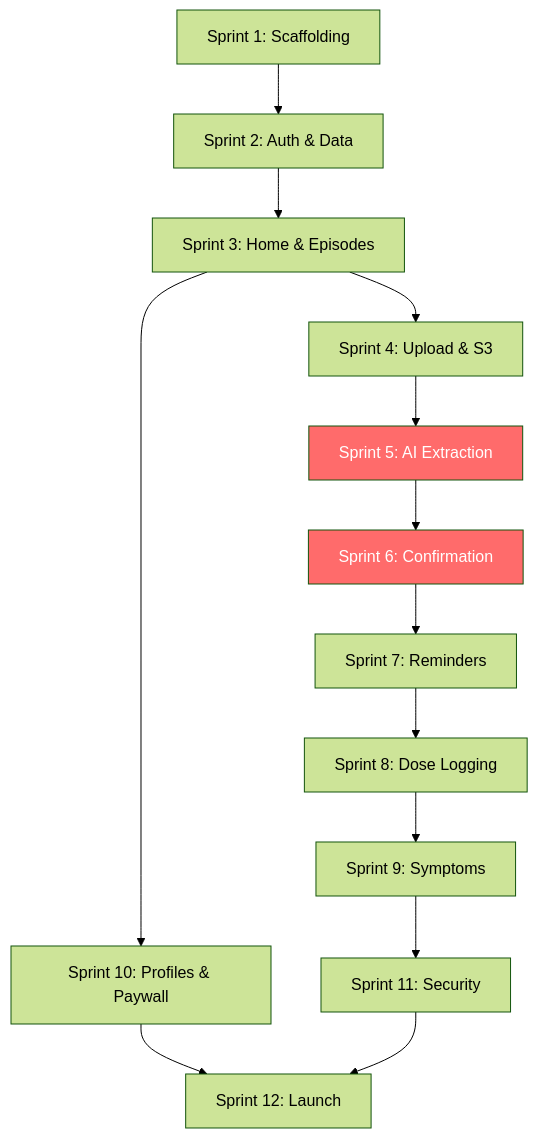
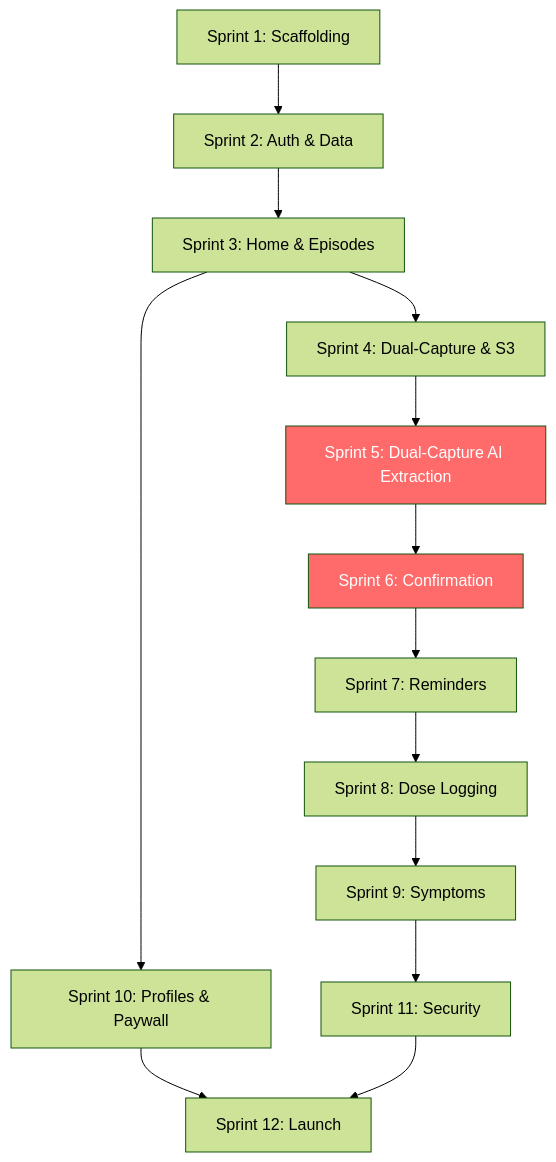
Before and after one commit to gauravmodi09/Healthcare-project: the second of 2 diagrams in docs/product/product_creation_plan.md, drawn with Mermaid (forest theme). The commit also changed other lines of this file and 3 other files, not shown here.

First line of the commit message:
Update docs for India market: dual-capture flow and medicine photo extraction

````diff
--- a/docs/product/product_creation_plan.md
+++ b/docs/product/product_creation_plan.md
@@ -160,18 +166,18 @@
 ```mermaid
 graph TD
     S1[Sprint 1: Scaffolding] --> S2[Sprint 2: Auth & Data]
     S2 --> S3[Sprint 3: Home & Episodes]
-    S3 --> S4[Sprint 4: Upload & S3]
-    S4 --> S5[Sprint 5: AI Extraction]
+    S3 --> S4[Sprint 4: Dual-Capture & S3]
+    S4 --> S5[Sprint 5: Dual-Capture AI Extraction]
     S5 --> S6[Sprint 6: Confirmation]
     S6 --> S7[Sprint 7: Reminders]
     S7 --> S8[Sprint 8: Dose Logging]
     S8 --> S9[Sprint 9: Symptoms]
     S3 --> S10[Sprint 10: Profiles & Paywall]
     S9 --> S11[Sprint 11: Security]
     S10 --> S12[Sprint 12: Launch]
     S11 --> S12
 
     style S5 fill:#FF6B6B,color:#fff
     style S6 fill:#FF6B6B,color:#fff
 ```
````
